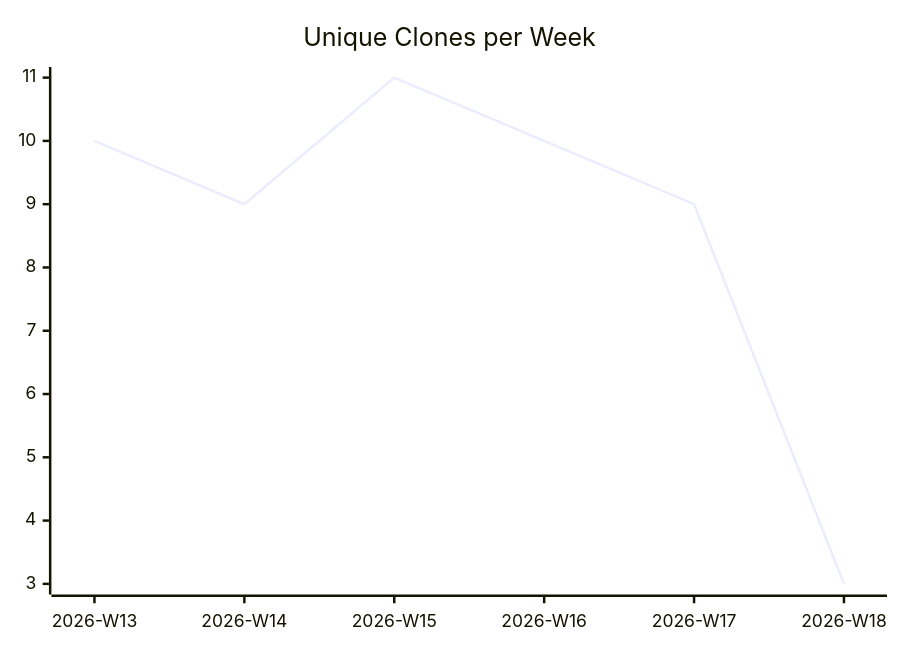
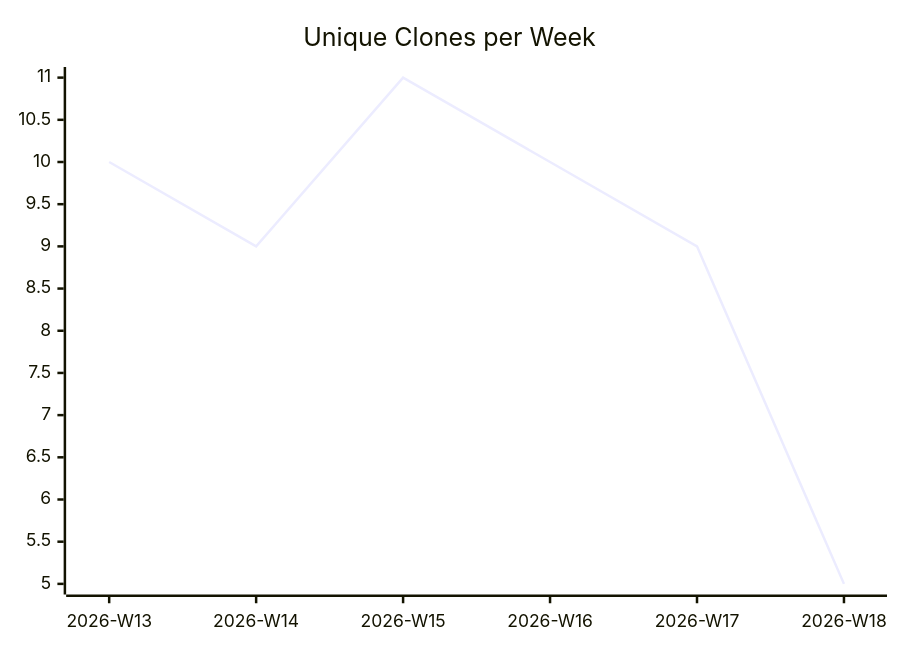
One commit to justdavis-family/github-analytics-data changed the third of 3 diagrams in karlmdavis/usgs-water-api-java/README.md. Above: the diagram before and after it, drawn with Mermaid. The commit also changed other lines of this file and 185 other files, not shown here.

````diff
--- a/karlmdavis/usgs-water-api-java/README.md
+++ b/karlmdavis/usgs-water-api-java/README.md
@@ -19,6 +19,6 @@
 ```mermaid
 xychart-beta
   title "Unique Clones per Week"
   x-axis ["2026-W13", "2026-W14", "2026-W15", "2026-W16", "2026-W17", "2026-W18"]
-  line [10, 9, 11, 10, 9, 3]
+  line [10, 9, 11, 10, 9, 5]
 ```
````
